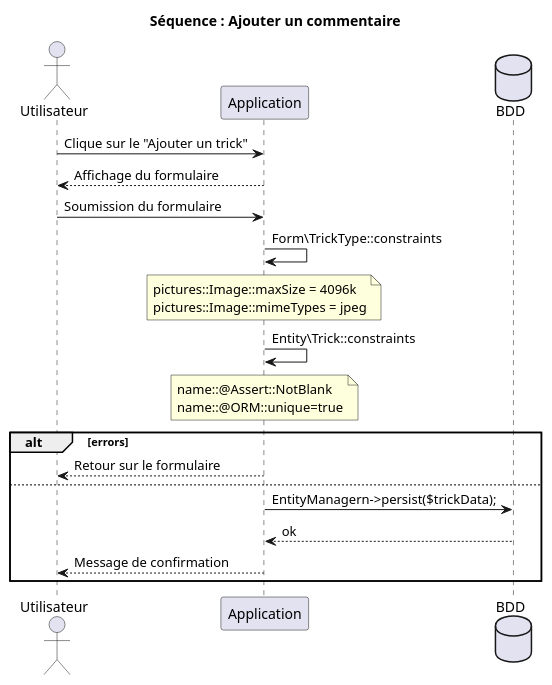
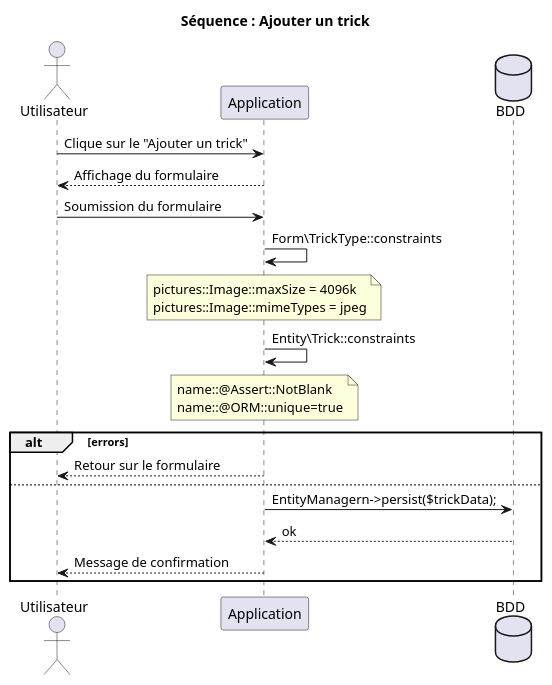
The diagram in diagrams/plantUml/Sequence-addTrick.puml (sjaulin/snowtricks), drawn with PlantUML before and after one commit. The commit also changed 4 other files, not shown here.

```diff
--- a/diagrams/plantUml/Sequence-addTrick.puml
+++ b/diagrams/plantUml/Sequence-addTrick.puml
@@ -1,26 +1,26 @@
 @startuml
-title Séquence : Ajouter un commentaire
+title Séquence : Ajouter un trick
 actor Utilisateur
 participant Application
 database BDD
 Utilisateur -> Application : Clique sur le "Ajouter un trick"
 Application --> Utilisateur : Affichage du formulaire
 Utilisateur -> Application : Soumission du formulaire
 Application -> Application : Form\TrickType::constraints
 note over Application
 pictures::Image::maxSize = 4096k
 pictures::Image::mimeTypes = jpeg
 end note
 Application -> Application : Entity\Trick::constraints
 note over Application
 name::@Assert::NotBlank
 name::@ORM::unique=true
 end note
 alt errors
 Application --> Utilisateur : Retour sur le formulaire
 else
 Application -> BDD : EntityManagern->persist($trickData);
 BDD --> Application : ok
 Application --> Utilisateur : Message de confirmation
 end
 @enduml
```
